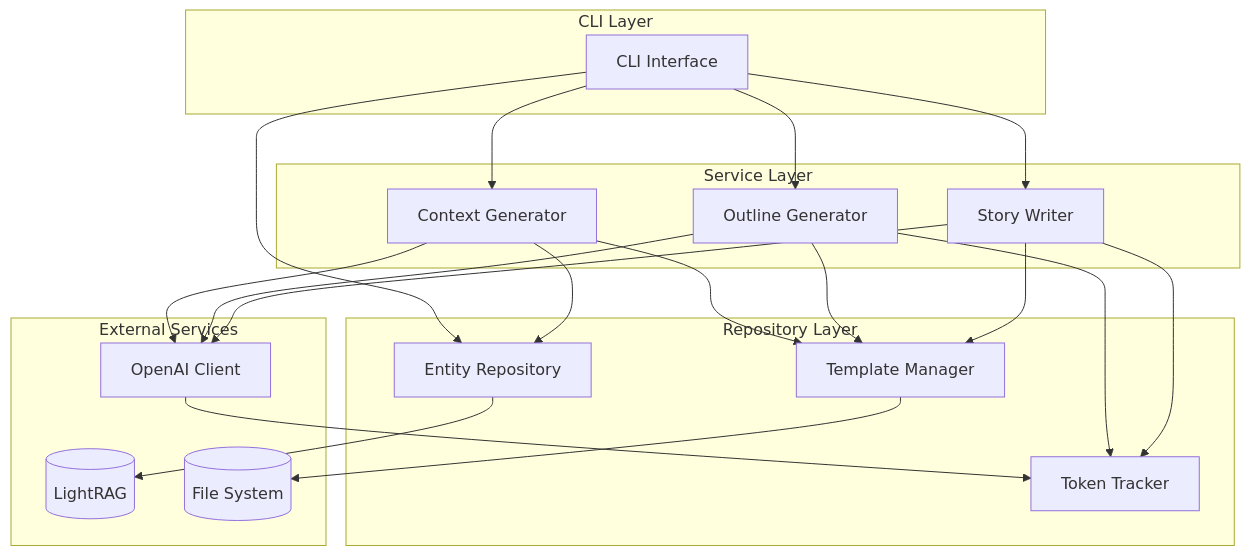
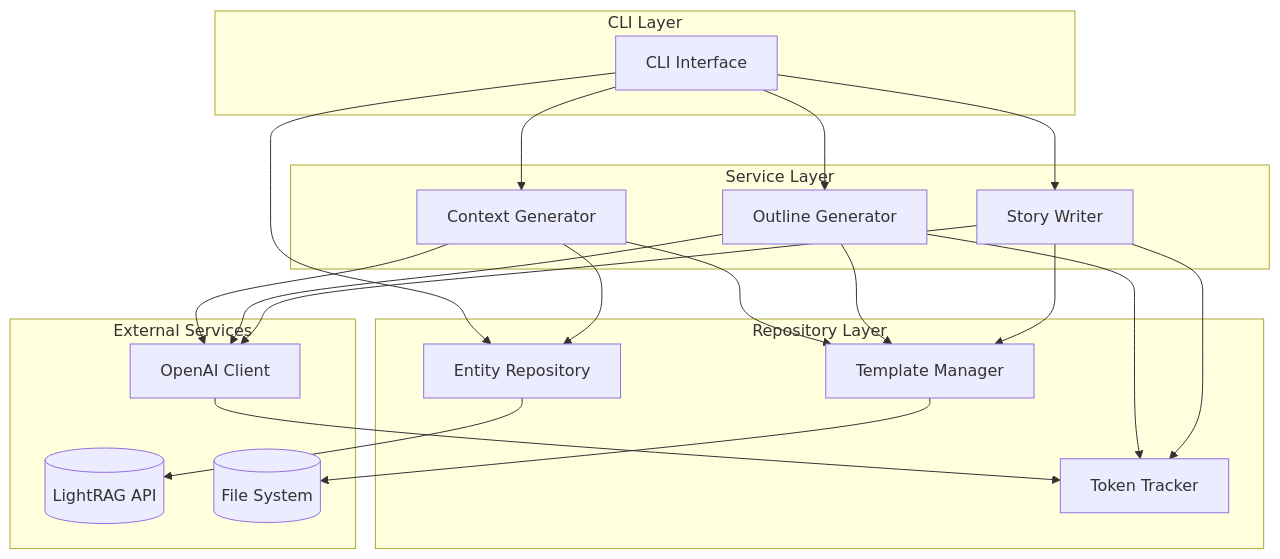
The diagram in docs/architecture/06-component-diagrams.md (harms-haus/jestir), drawn with Mermaid before and after one commit. The commit also changed 17 other files, not shown here.

First line of the commit message:
Update architecture and PRD documentation to reflect LightRAG API integration

````diff
--- a/docs/architecture/06-component-diagrams.md
+++ b/docs/architecture/06-component-diagrams.md
@@ -3,45 +3,45 @@
 ```mermaid
 graph TD
     subgraph "CLI Layer"
         CLI[CLI Interface]
     end
-    
+
     subgraph "Service Layer"
         CG[Context Generator]
         OG[Outline Generator]
         SW[Story Writer]
     end
-    
+
     subgraph "Repository Layer"
         ER[Entity Repository]
         TM[Template Manager]
         TT[Token Tracker]
     end
-    
+
     subgraph "External Services"
         OAI[OpenAI Client]
-        LR[(LightRAG)]
+        LR[(LightRAG API)]
         FS[(File System)]
     end
-    
+
     CLI --> CG
     CLI --> OG
     CLI --> SW
     CLI --> ER
-    
+
     CG --> ER
     CG --> TM
     CG --> OAI
-    
+
     OG --> TM
     OG --> OAI
     OG --> TT
-    
+
     SW --> TM
     SW --> OAI
     SW --> TT
-    
+
     ER --> LR
     TM --> FS
     OAI --> TT
 ```
````
